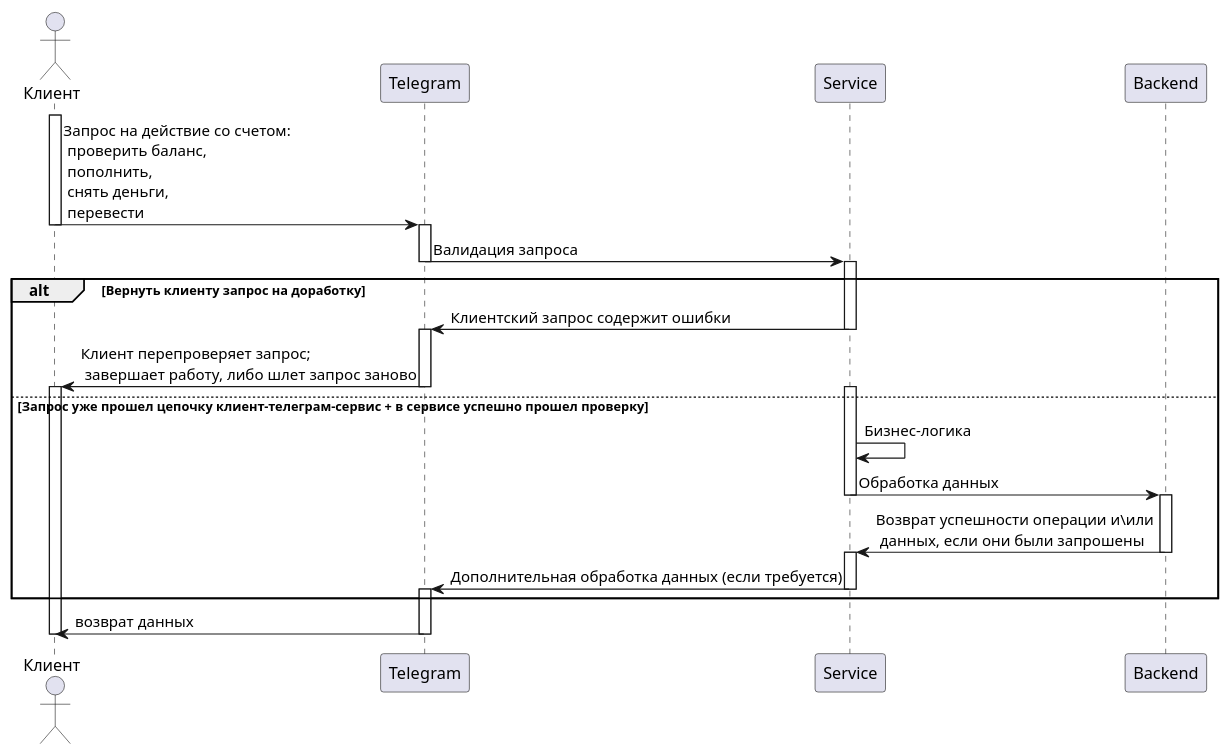
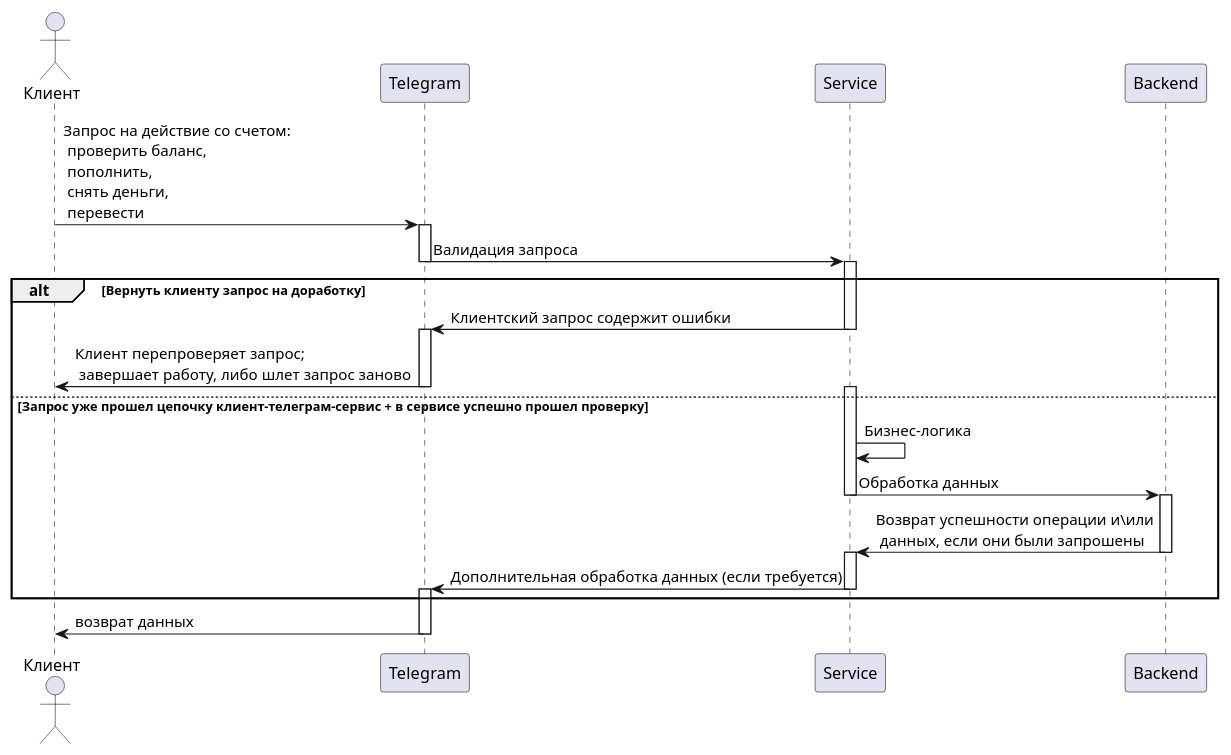
One commit to gpb-it-factory/khasmamedov-telergam-bot changed the diagram in README.md. Above: the diagram before and after it, drawn with PlantUML. The commit also changed other lines of this file and 9 other files, not shown here.

Commit message:
Внесены изменения в соответствии с ревью: - удалена лишняя картинка; - удален ченджлог (файл) и ссылка на него; - добавлены и протестированы действия в ридми; - изменено имя приложения; - удалена активация/деактивация клиента в диаграмме.

````diff
--- a/README.md
+++ b/README.md
@@ -34,40 +32,35 @@
 ```plantuml
 @startUML
 actor Клиент
 participant Telegram
 participant Service
 participant Backend
 
-activate Клиент
 Клиент -> Telegram: Запрос на действие со счетом:\n проверить баланс,\n пополнить,\n снять деньги,\n перевести
-deactivate Клиент
 activate Telegram
 Telegram -> Service: Валидация запроса
 deactivate Telegram
 activate Service
 alt Вернуть клиенту запрос на доработку 
     Service -> Telegram: Клиентский запрос содержит ошибки
     deactivate Service
     activate Telegram
     Telegram -> Клиент: Клиент перепроверяет запрос;\n завершает работу, либо шлет запрос заново
     deactivate Telegram
-    activate Клиент
-    deactivate Клиент
 else Запрос уже прошел цепочку клиент-телеграм-сервис + в сервисе успешно прошел проверку
     activate Service
     Service -> Service: Бизнес-логика
     Service -> Backend: Обработка данных
     deactivate Service
     activate Backend 
     Backend -> Service: Возврат успешности операции и\или \n данных, если они были запрошены
     deactivate Backend 
     activate Service
     Service -> Telegram: Дополнительная обработка данных (если требуется)
     deactivate Service
     activate Telegram
 end    
 Telegram -> Клиент: возврат данных
 deactivate Telegram
-deactivate Клиент
 @endUML
 ```
````
